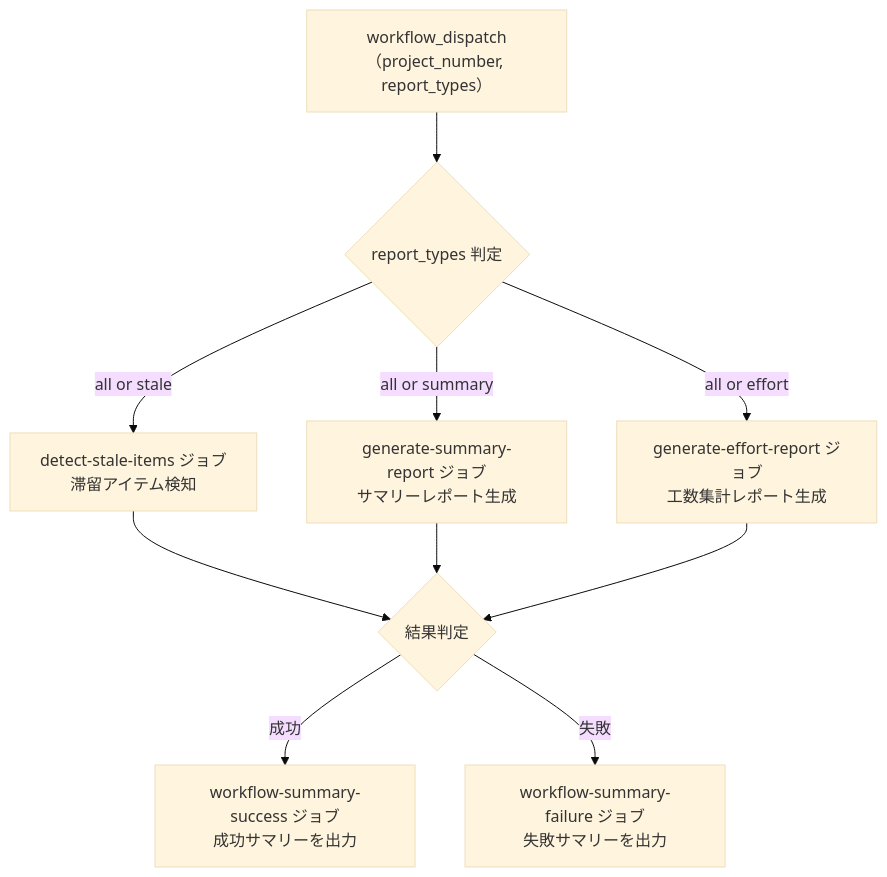
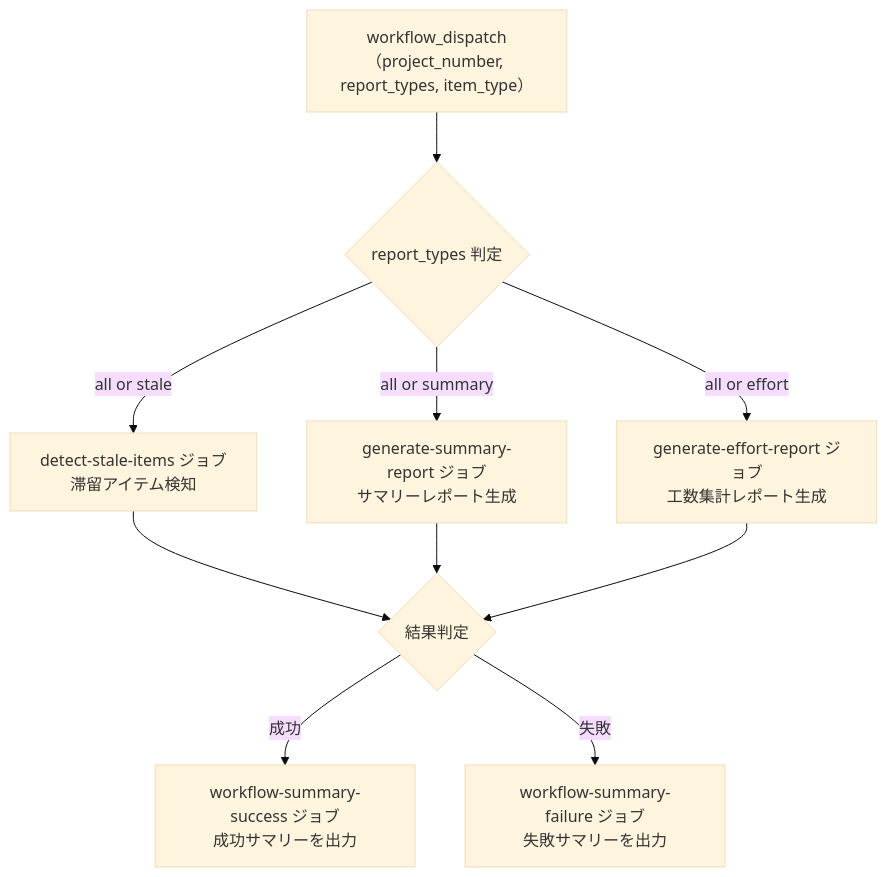
Before and after one commit to lurest-inc/github-projects-ops-kit: the diagram in docs/workflows/10-analyze-project.md, drawn with Mermaid (base theme). The commit also changed other lines of this file and 7 other files, not shown here.

First line of the commit message:
feat: ワークフロー⑩に item_type フィルタを追加（#248）

````diff
--- a/docs/workflows/10-analyze-project.md
+++ b/docs/workflows/10-analyze-project.md
@@ -191,10 +200,10 @@
 ```mermaid
 flowchart TD
-    A["workflow_dispatch\n（project_number, report_types）"] --> B{"report_types 判定"}
+    A["workflow_dispatch\n（project_number, report_types, item_type）"] --> B{"report_types 判定"}
     B -- "all or stale" --> C["detect-stale-items ジョブ\n滞留アイテム検知"]
     B -- "all or summary" --> D["generate-summary-report ジョブ\nサマリーレポート生成"]
     B -- "all or effort" --> E["generate-effort-report ジョブ\n工数集計レポート生成"]
     C & D & E --> F{"結果判定"}
     F -- "成功" --> G["workflow-summary-success ジョブ\n成功サマリーを出力"]
     F -- "失敗" --> H["workflow-summary-failure ジョブ\n失敗サマリーを出力"]
 ```
````
